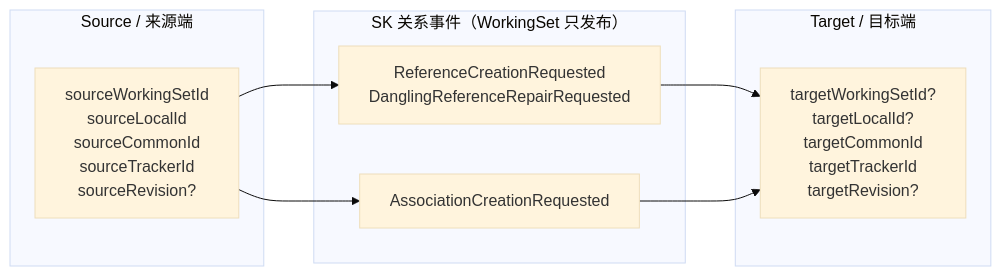
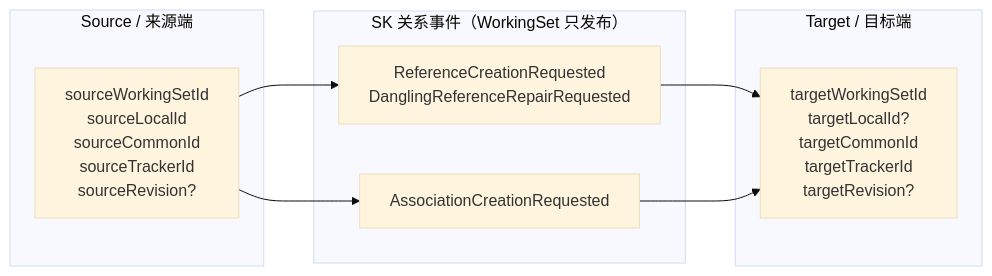
The diagram in docs/working-set/reviews/2026-11-17-t7-e-relation-guards-decision.md (Greytrack/ddd-workingset), drawn with Mermaid (base theme) before and after one commit. The commit also changed other lines of this file and 13 other files, not shown here.

````diff
--- a/docs/working-set/reviews/2026-11-17-t7-e-relation-guards-decision.md
+++ b/docs/working-set/reviews/2026-11-17-t7-e-relation-guards-decision.md
@@ -44,17 +44,17 @@
 ```mermaid
 flowchart LR
     subgraph SRC["Source / 来源端"]
         S["sourceWorkingSetId<br/>sourceLocalId<br/>sourceCommonId<br/>sourceTrackerId<br/>sourceRevision?"]
     end
     subgraph EVT["SK 关系事件（WorkingSet 只发布）"]
         R["ReferenceCreationRequested<br/>DanglingReferenceRepairRequested"]
         A["AssociationCreationRequested"]
     end
     subgraph TGT["Target / 目标端"]
-        T["targetWorkingSetId?<br/>targetLocalId?<br/>targetCommonId<br/>targetTrackerId<br/>targetRevision?"]
+        T["targetWorkingSetId<br/>targetLocalId?<br/>targetCommonId<br/>targetTrackerId<br/>targetRevision?"]
     end
     S --> R
     R --> T
     S --> A
     A --> T
 ```
````
